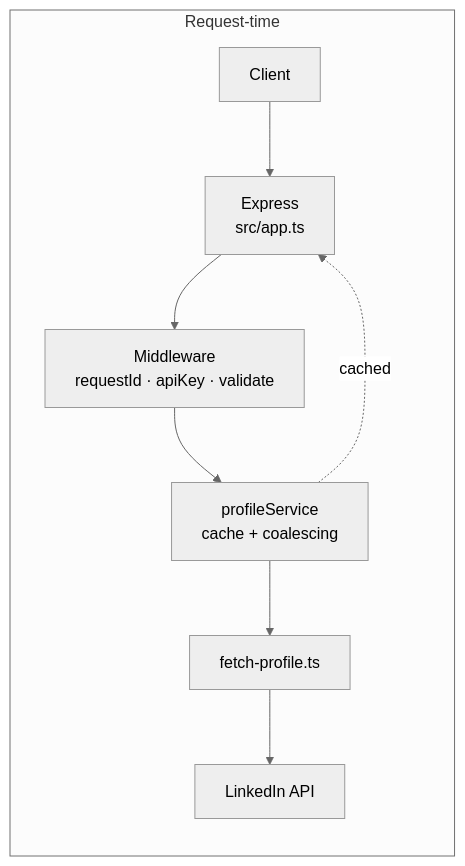
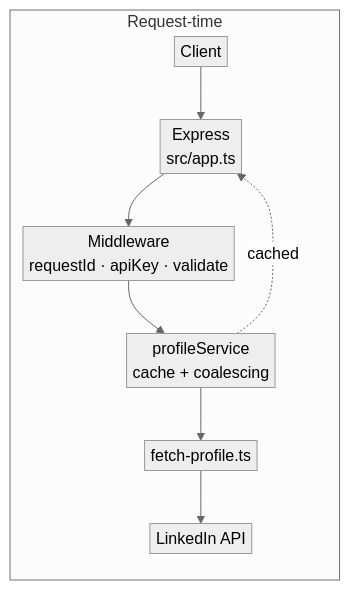
One commit to PriyeshPandey2000/linkedin-profile-api changed the diagram in README.md. Above: the diagram before and after it, drawn with Mermaid (neutral theme).

Commit message:
minor improvements

````diff
--- a/README.md
+++ b/README.md
@@ -36,11 +36,12 @@
 ```mermaid
+%%{init: {"flowchart": {"nodeSpacing": 6, "rankSpacing": 28, "padding": 3}}}%%
 flowchart LR
     subgraph Runtime["Request-time"]
         C["Client"] --> R["Express<br/>src/app.ts"]
         R --> M["Middleware<br/>requestId · apiKey · validate"]
         M --> S["profileService<br/>cache + coalescing"]
         S --> F["fetch-profile.ts"]
         F --> L["LinkedIn API"]
         S -.->|"cached"| R
     end
 ```
````
